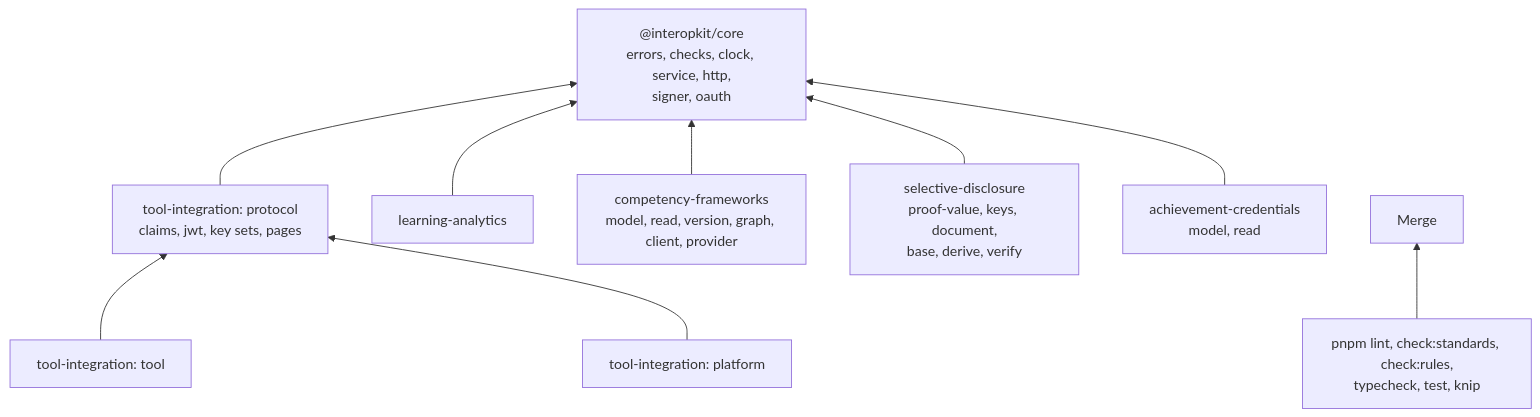
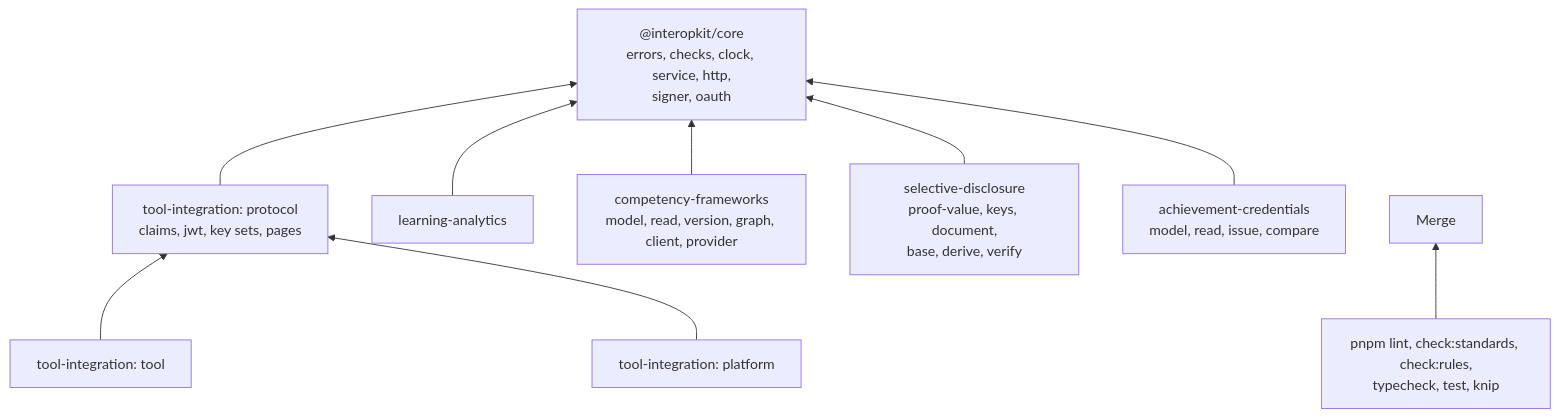
The diagram in AGENTS.md (interopkit/interopkit), drawn with Mermaid before and after one commit. The commit also changed other lines of this file and 40 other files, not shown here.

First line of the commit message:
Add builders, identity hashes, comparison and summaries to achievement-credentials

````diff
--- a/AGENTS.md
+++ b/AGENTS.md
@@ -14,19 +14,19 @@
 ```mermaid
 flowchart BT
   core["@interopkit/core<br/>errors, checks, clock, service, http,<br/>signer, oauth"]
   proto["tool-integration: protocol<br/>claims, jwt, key sets, pages"]
   tool["tool-integration: tool"]
   plat["tool-integration: platform"]
   la["learning-analytics"]
   cf["competency-frameworks<br/>model, read, version, graph, client, provider"]
   sd["selective-disclosure<br/>proof-value, keys, document,<br/>base, derive, verify"]
-  ac["achievement-credentials<br/>model, read"]
+  ac["achievement-credentials<br/>model, read, issue, compare"]
   proto --> core
   tool --> proto
   plat --> proto
   la --> core
   cf --> core
   sd --> core
   ac --> core
   gates["pnpm lint, check:standards, check:rules,<br/>typecheck, test, knip"] --> merge["Merge"]
 ```
````
